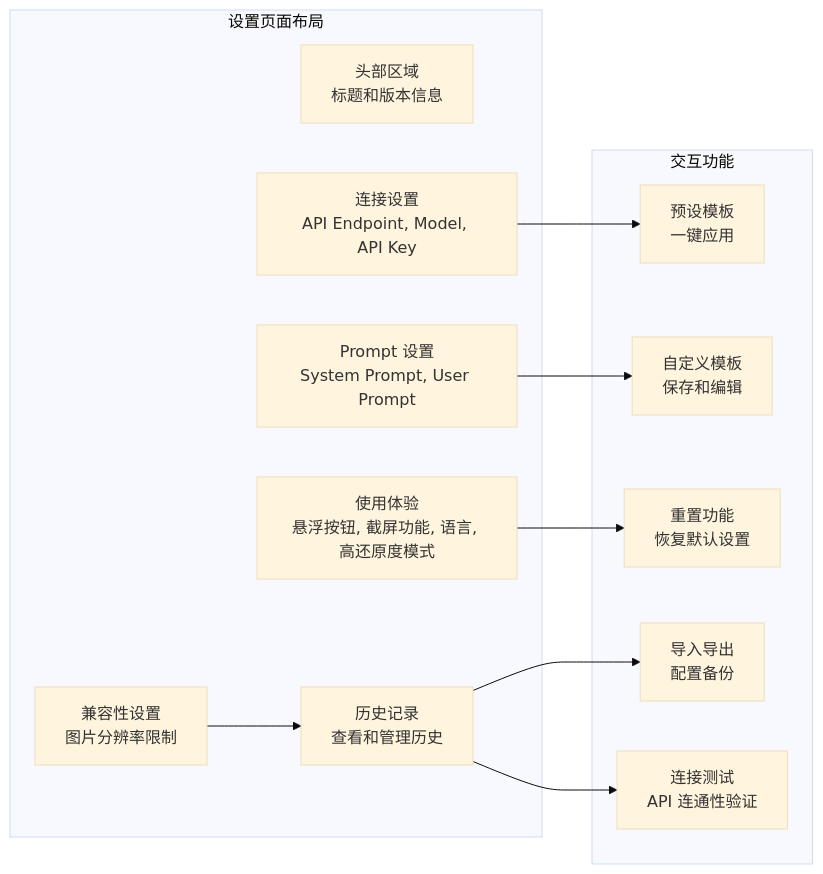
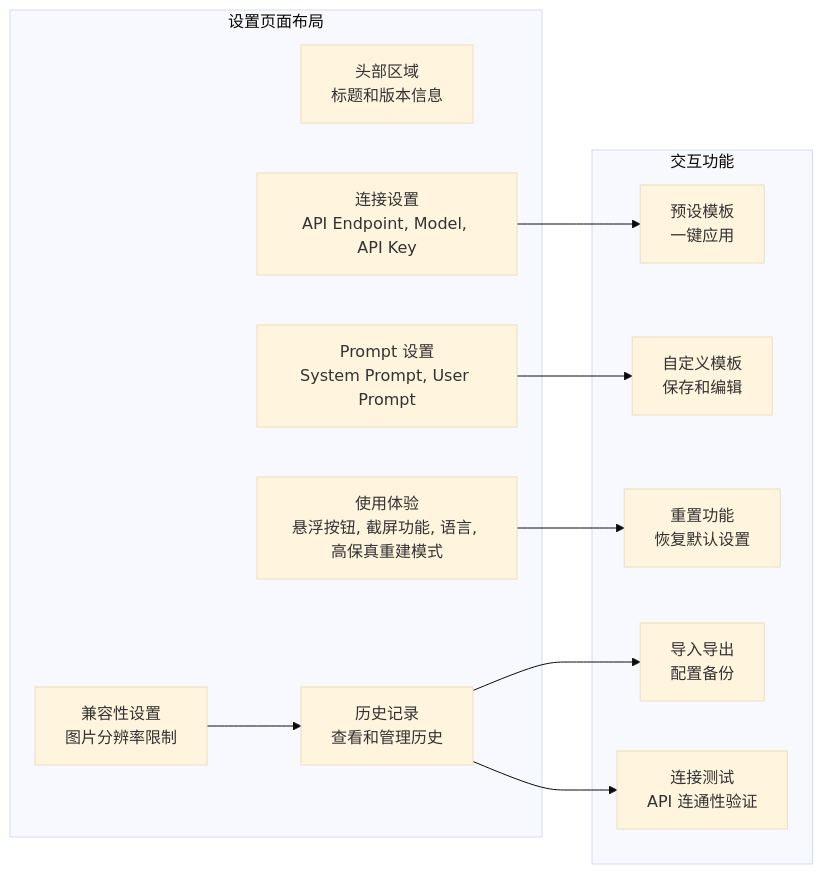
Before and after one commit to binasi/Img2Prompt: the fourth of 4 diagrams in .qoder/repowiki/zh/content/配置与定制/基础配置.md, drawn with Mermaid (base theme). The commit also changed other lines of this file and 21 other files, not shown here.

````diff
--- a/.qoder/repowiki/zh/content/配置与定制/基础配置.md
+++ b/.qoder/repowiki/zh/content/配置与定制/基础配置.md
@@ -439,24 +465,24 @@
 ```mermaid
 graph LR
 subgraph "设置页面布局"
 Header[头部区域<br/>标题和版本信息]
 Connection[连接设置<br/>API Endpoint, Model, API Key]
 Prompt[Prompt 设置<br/>System Prompt, User Prompt]
-Experience[使用体验<br/>悬浮按钮, 截屏功能, 语言, 高还原度模式]
+Experience[使用体验<br/>悬浮按钮, 截屏功能, 语言, 高保真重建模式]
 Compatibility[兼容性设置<br/>图片分辨率限制]
 History[历史记录<br/>查看和管理历史]
 end
 subgraph "交互功能"
 Preset[预设模板<br/>一键应用]
 Custom[自定义模板<br/>保存和编辑]
 Reset[重置功能<br/>恢复默认设置]
 ImportExport[导入导出<br/>配置备份]
 TestConnection[连接测试<br/>API 连通性验证]
 end
 Connection --> Preset
 Prompt --> Custom
 Experience --> Reset
 Compatibility --> History
 History --> ImportExport
 History --> TestConnection
 ```
````
